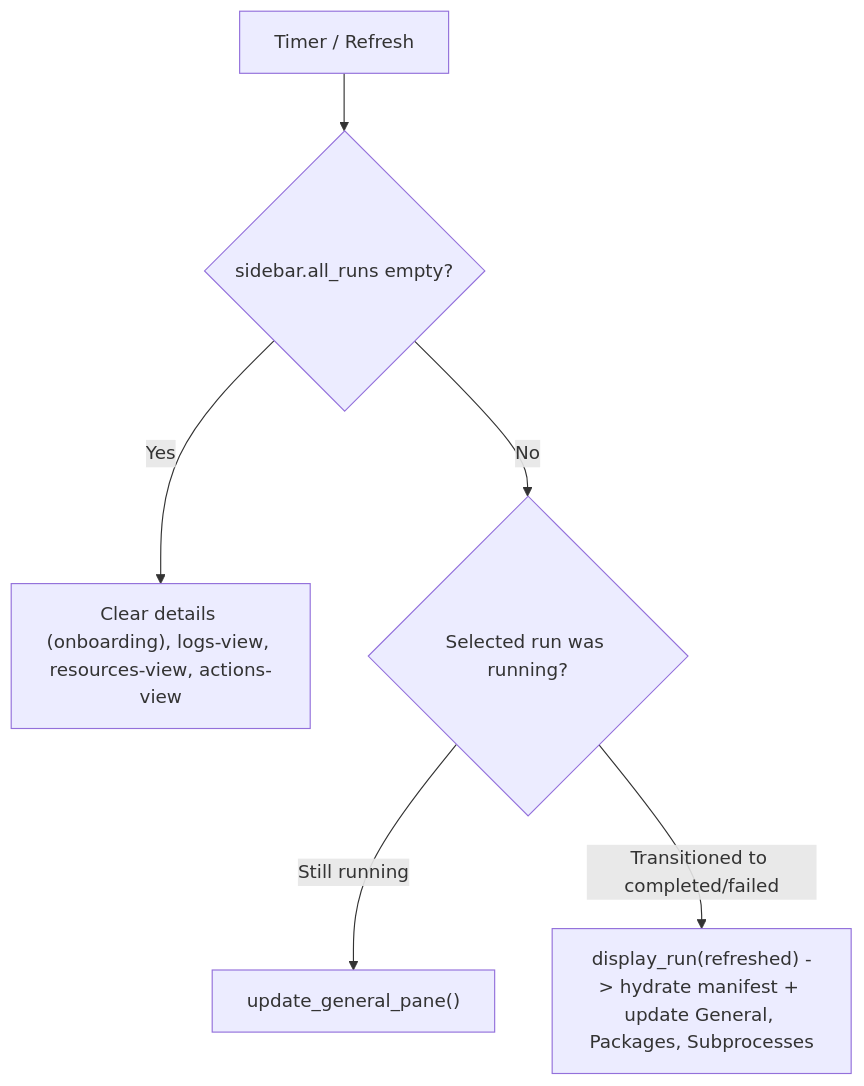
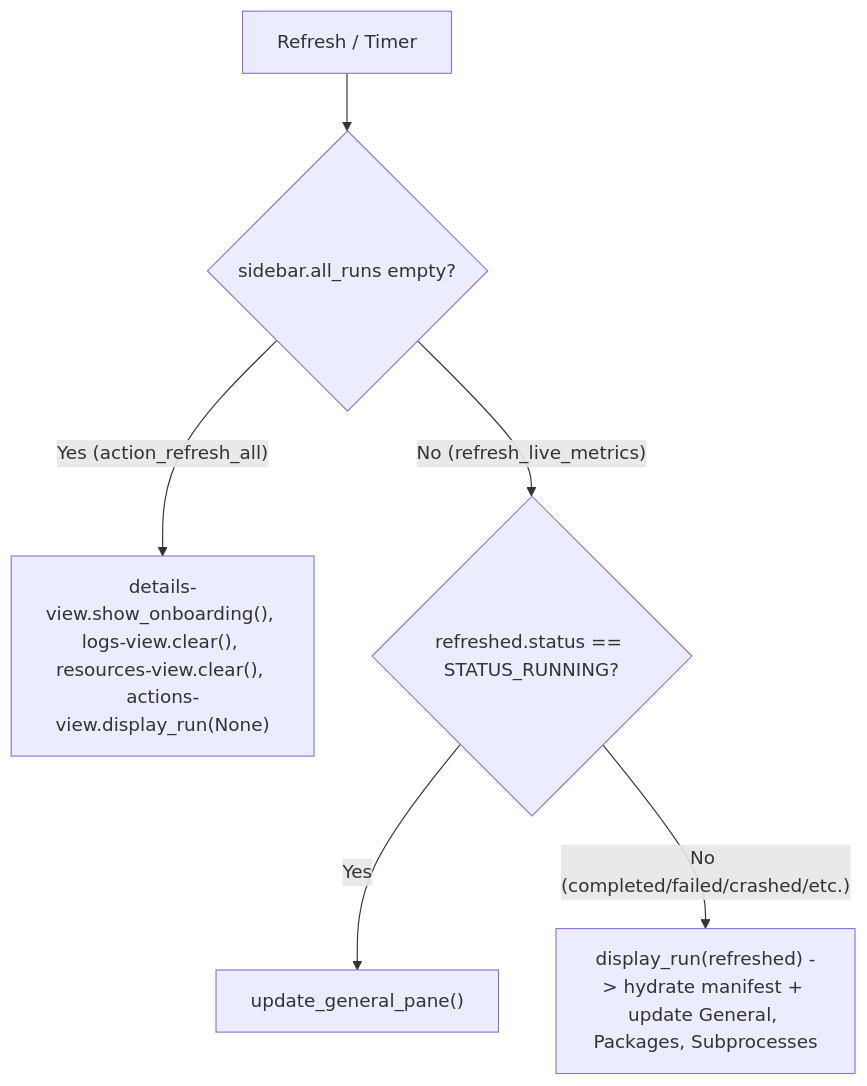
One commit to fariello/pubrun changed the diagram in .aw/records/plans/pending/20261127-assess-bt-04-qum7gf-tui-markup-crash-live-hydration-stale-panels-config-expansio.ipd.md. Above: the diagram before and after it, drawn with Mermaid. The commit also changed other lines of this file and 1 other file, not shown here.

````diff
--- a/.aw/records/plans/pending/20261127-assess-bt-04-qum7gf-tui-markup-crash-live-hydration-stale-panels-config-expansio.ipd.md
+++ b/.aw/records/plans/pending/20261127-assess-bt-04-qum7gf-tui-markup-crash-live-hydration-stale-panels-config-expansio.ipd.md
@@ -32,8 +35,8 @@
 ```mermaid
 flowchart TD
-    TICK["Timer / Refresh"] --> CHECK{"sidebar.all_runs empty?"}
-    CHECK -->|"Yes"| CLEAR["Clear details (onboarding), logs-view, resources-view, actions-view"]
-    CHECK -->|"No"| LIVE{"Selected run was running?"}
-    LIVE -->|"Still running"| GEN["update_general_pane()"]
-    LIVE -->|"Transitioned to completed/failed"| FULL["display_run(refreshed) -> hydrate manifest + update General, Packages, Subprocesses"]
+    TICK["Refresh / Timer"] --> CHECK{"sidebar.all_runs empty?"}
+    CHECK -->|"Yes (action_refresh_all)"| CLEAR["details-view.show_onboarding(), logs-view.clear(), resources-view.clear(), actions-view.display_run(None)"]
+    CHECK -->|"No (refresh_live_metrics)"| LIVE{"refreshed.status == STATUS_RUNNING?"}
+    LIVE -->|"Yes"| GEN["update_general_pane()"]
+    LIVE -->|"No (completed/failed/crashed/etc.)"| FULL["display_run(refreshed) -> hydrate manifest + update General, Packages, Subprocesses"]
 ```
````
